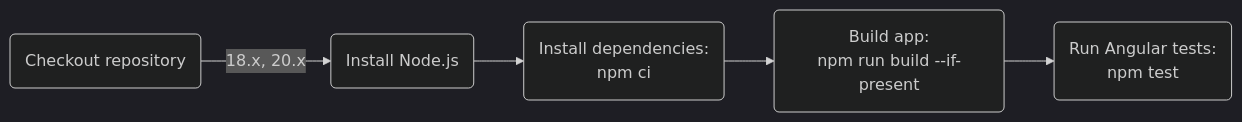
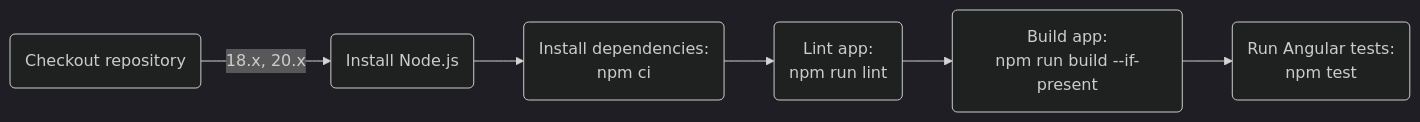
One commit to Abhiek187/ez-recipes-web changed the first of 3 diagrams in README.md. Above: the diagram before and after it, drawn with Mermaid (dark theme). The commit also changed 9 other files, not shown here.

````diff
--- a/README.md
+++ b/README.md
@@ -37,8 +37,9 @@
 ```mermaid
 flowchart LR
 
 A(Checkout repository) -->|18.x, 20.x| B(Install Node.js)
 B --> C(Install dependencies:\nnpm ci)
-C --> D(Build app:\nnpm run build --if-present)
-D --> E(Run Angular tests:\nnpm test)
+C --> D(Lint app:\nnpm run lint)
+D --> E(Build app:\nnpm run build --if-present)
+E --> F(Run Angular tests:\nnpm test)
 ```
````
